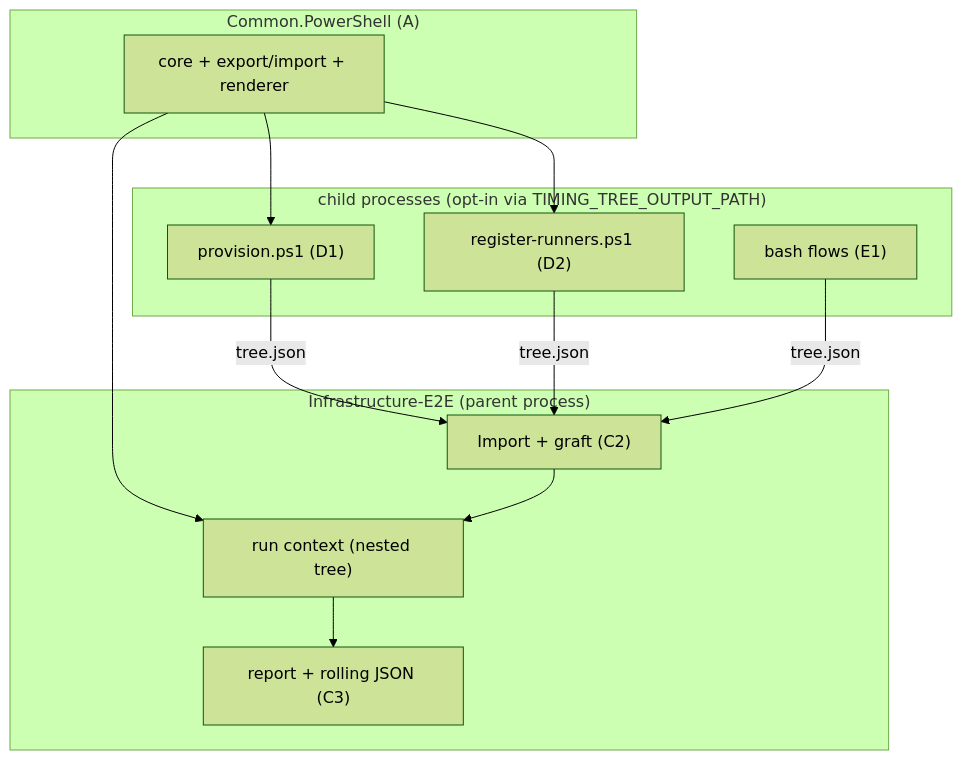
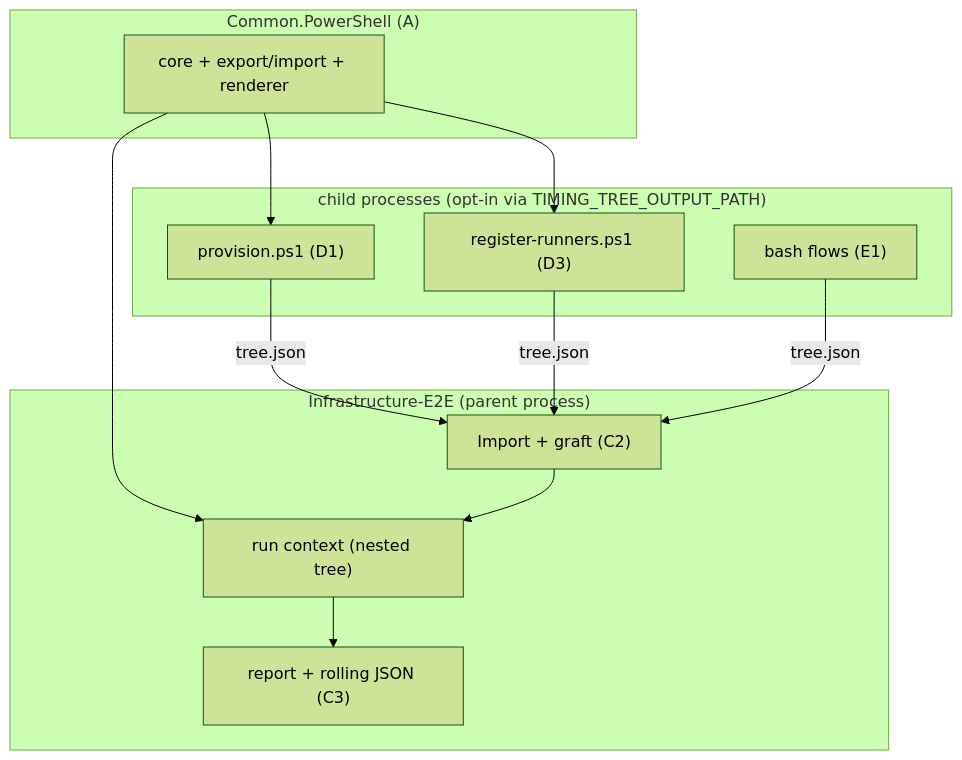
Before and after one commit to VitaliiAndreev/Infrastructure-Common: diagram 15 of 15 in docs/dev/implementation/88-cross-process-instrumentation-and-reporting/plan.md, drawn with Mermaid (forest theme). The commit also changed other lines of this file, not shown here.

````diff
--- a/docs/dev/implementation/88-cross-process-instrumentation-and-reporting/plan.md
+++ b/docs/dev/implementation/88-cross-process-instrumentation-and-reporting/plan.md
@@ -557,24 +557,24 @@
 ```mermaid
 flowchart TD
   subgraph E2E["Infrastructure-E2E (parent process)"]
     ctx["run context (nested tree)"]
     merge["Import + graft (C2)"]
     report["report + rolling JSON (C3)"]
   end
   subgraph Children["child processes (opt-in via TIMING_TREE_OUTPUT_PATH)"]
     prov["provision.ps1 (D1)"]
-    reg["register-runners.ps1 (D2)"]
+    reg["register-runners.ps1 (D3)"]
     bash["bash flows (E1)"]
   end
   subgraph Shared["Common.PowerShell (A)"]
     core["core + export/import + renderer"]
   end
   core --> ctx
   core --> prov
   core --> reg
   prov -->|tree.json| merge
   reg -->|tree.json| merge
   bash -->|tree.json| merge
   merge --> ctx
   ctx --> report
 ```
````
